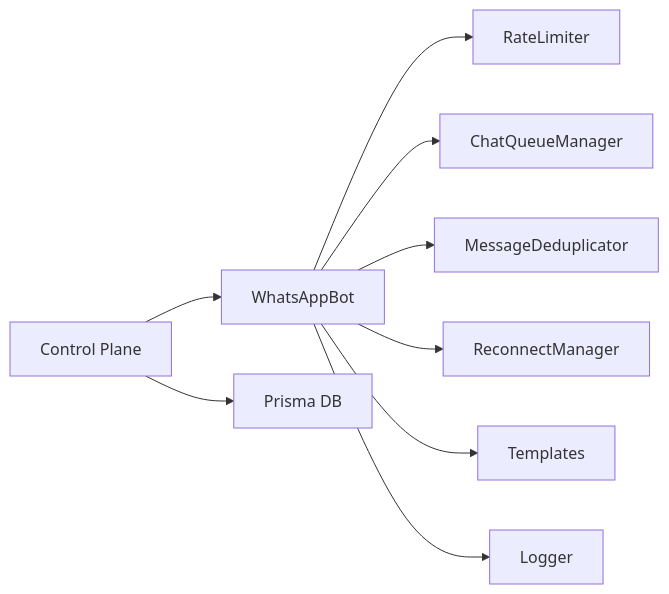
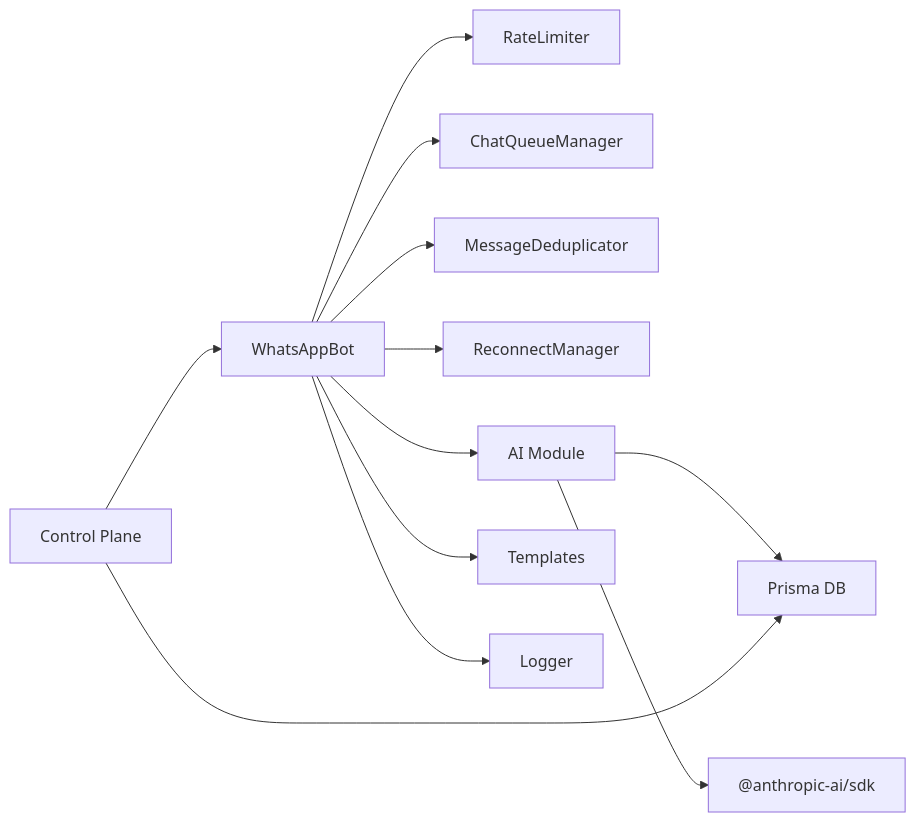
Before and after one commit to askchiwa-spec/FLOW-HQ-BOT: the ninth of 10 diagrams in .qoder/repowiki/en/content/Worker Utilities/Worker Utilities.md, drawn with Mermaid. The commit also changed other lines of this file and 27 other files, not shown here.

````diff
--- a/.qoder/repowiki/en/content/Worker Utilities/Worker Utilities.md
+++ b/.qoder/repowiki/en/content/Worker Utilities/Worker Utilities.md
@@ -362,11 +456,14 @@
 ```mermaid
 graph LR
 Bot["WhatsAppBot"] --> RL["RateLimiter"]
 Bot --> CQ["ChatQueueManager"]
 Bot --> DD["MessageDeduplicator"]
 Bot --> RM["ReconnectManager"]
+Bot --> AI["AI Module"]
 Bot --> TP["Templates"]
 Bot --> LG["Logger"]
-CP["Control Plane"] --> DB["Prisma DB"]
+AI --> Claude["@anthropic-ai/sdk"]
+AI --> DB["Prisma DB"]
+CP["Control Plane"] --> DB
 CP --> Bot
 ```
````
